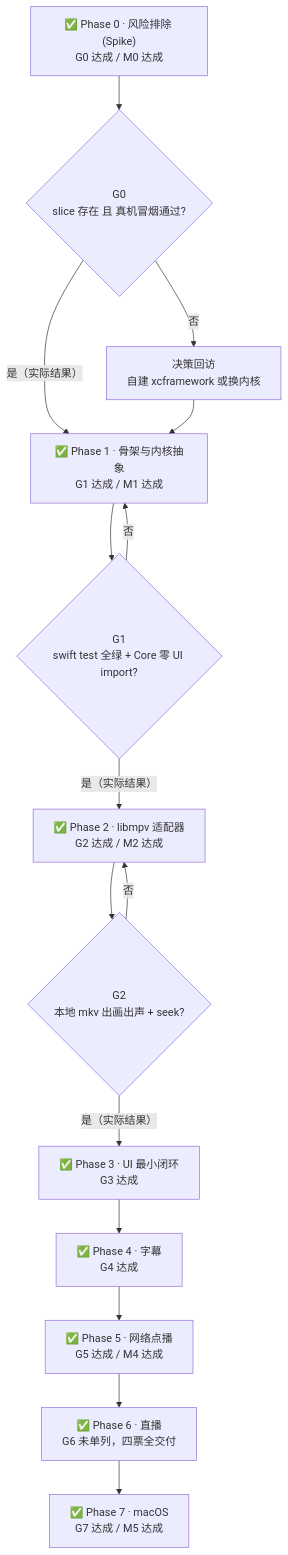
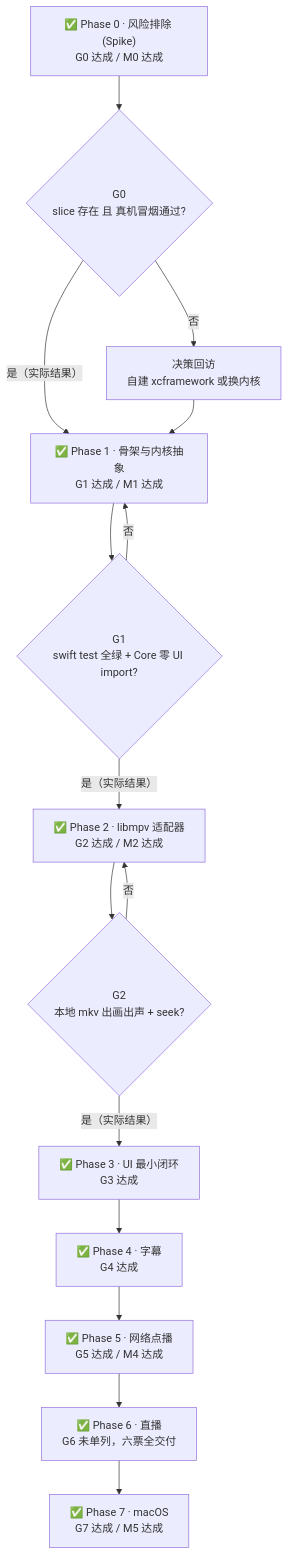
Before and after one commit to tangzzz-fan/playerlearning: the diagram in docs/03-路线图.md, drawn with Mermaid. The commit also changed other lines of this file and 15 other files, not shown here.

````diff
--- a/docs/03-路线图.md
+++ b/docs/03-路线图.md
@@ -12,17 +12,17 @@
 ```mermaid
 flowchart TD
     P0["✅ Phase 0 · 风险排除 (Spike)<br/>G0 达成 / M0 达成"] --> G0{"G0<br/>slice 存在 且 真机冒烟通过?"}
     G0 -- 是（实际结果） --> P1
     G0 -- 否 --> D0["决策回访<br/>自建 xcframework 或换内核"]
     D0 --> P1
     P1["✅ Phase 1 · 骨架与内核抽象<br/>G1 达成 / M1 达成"] --> G1{"G1<br/>swift test 全绿 + Core 零 UI import?"}
     G1 -- 是（实际结果） --> P2
     G1 -- 否 --> P1
     P2["✅ Phase 2 · libmpv 适配器<br/>G2 达成 / M2 达成"] --> G2{"G2<br/>本地 mkv 出画出声 + seek?"}
     G2 -- 否 --> P2
     G2 -- 是（实际结果） --> P3["✅ Phase 3 · UI 最小闭环<br/>G3 达成"]
     P3 --> P4["✅ Phase 4 · 字幕<br/>G4 达成"]
     P4 --> P5["✅ Phase 5 · 网络点播<br/>G5 达成 / M4 达成"]
-    P5 --> P6["✅ Phase 6 · 直播<br/>G6 未单列，四票全交付"]
+    P5 --> P6["✅ Phase 6 · 直播<br/>G6 未单列，六票全交付"]
     P6 --> P7["✅ Phase 7 · macOS<br/>G7 达成 / M5 达成"]
 ```
````
